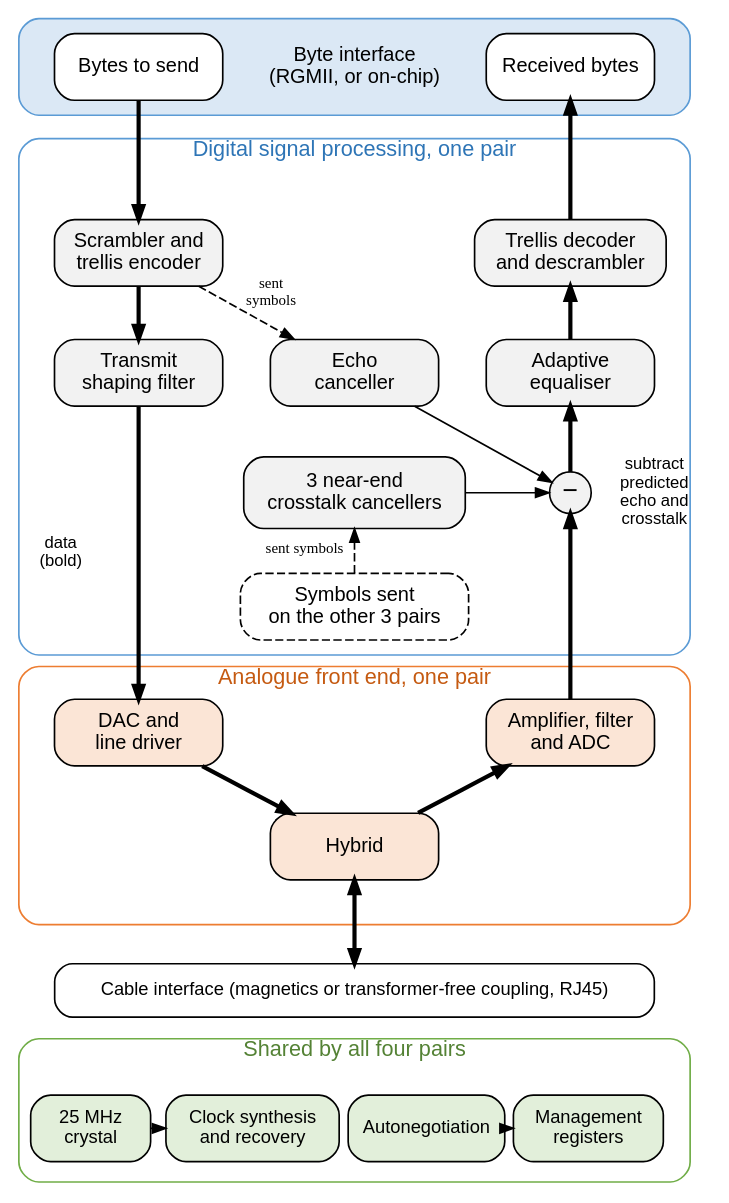
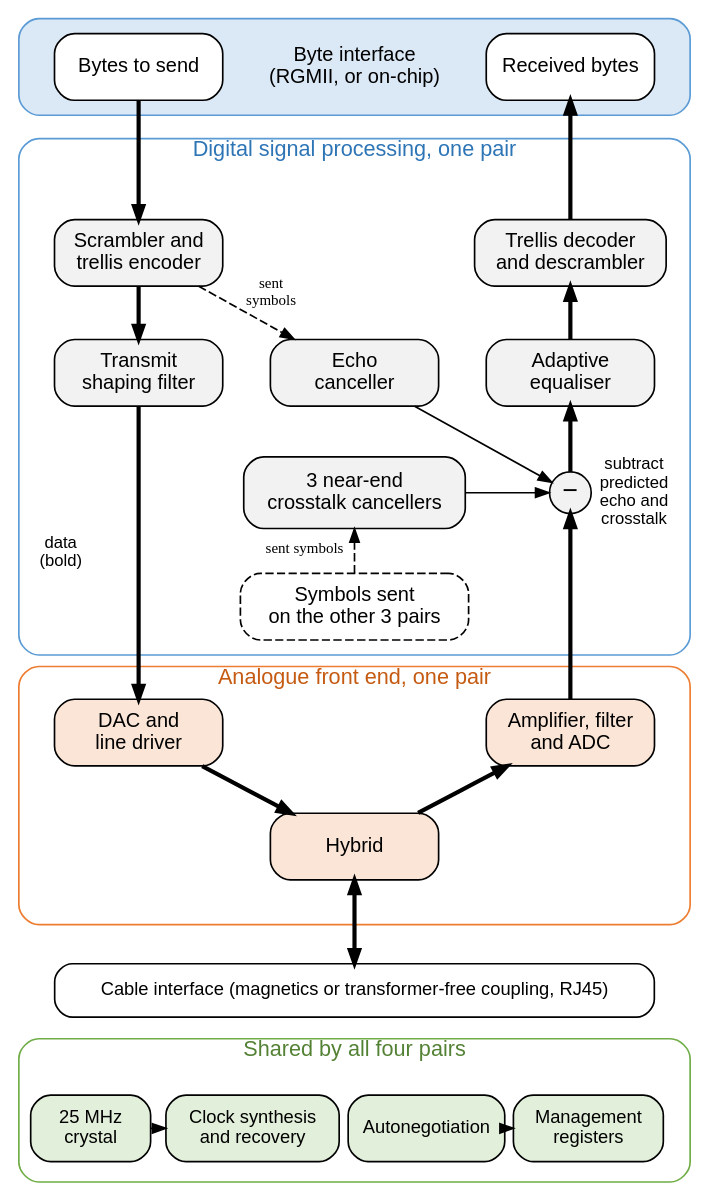
Before and after one commit to mithro/evampire: the diagram in docs/ethernet/phy-electrical/transceiver-blocks.dot, drawn with Graphviz.

Commit message:
Keep the subtractor label inside the signal processing outline

```diff
--- a/docs/ethernet/phy-electrical/transceiver-blocks.dot
+++ b/docs/ethernet/phy-electrical/transceiver-blocks.dot
@@ -1,102 +1,102 @@
 // Inside a gigabit Ethernet transceiver: one of the four identical pair
 // channels in detail, plus the blocks shared by all four.
 //
 // The blocks are placed on a fixed grid (positions in inches) so that the
 // diagram reads top to bottom and fits the width of a documentation page:
 //
 //   column 1 (x=1.2)  transmit path, downwards
 //   column 2 (x=3.0)  echo and crosstalk cancellers
 //   column 3 (x=4.8)  receive path, upwards
 //
 // Group outlines are drawn as background boxes first. Edges are straight
 // lines, placed so that none of them crosses a block.
 //
 // SPDX-License-Identifier: Apache-2.0
 
 digraph transceiver {
     graph [layout=neato, splines=false, overlap=true, outputorder=nodesfirst,
            fontname="Helvetica"];
     node  [shape=box, style="rounded,filled", fillcolor="#f2f2f2",
            fontname="Helvetica", fontsize=12, width=1.4, height=0.55,
            fixedsize=true];
     edge  [arrowsize=0.8];
 
     // Group outlines.
     g_bytes  [pos="3.0,9.45!", width=5.6, height=0.8, label="Byte interface\n(RGMII, or on-chip)",
               fontsize=12, style="rounded,filled", color="#5b9bd5",
               fillcolor="#dbe8f5"];
     g_dsp    [pos="3.0,6.7!", width=5.6, height=4.3, label="Digital signal processing, one pair",
               labelloc=t, fontsize=13, fontcolor="#2e75b6", style="rounded",
               color="#5b9bd5", fillcolor="none"];
     g_analog [pos="3.0,3.375!", width=5.6, height=2.15, label="Analogue front end, one pair",
               labelloc=t, fontsize=13, fontcolor="#c55a11", style="rounded",
               color="#ed7d31", fillcolor="none"];
     g_shared [pos="3.0,0.75!", width=5.6, height=1.2, label="Shared by all four pairs",
               labelloc=t, fontsize=13, fontcolor="#548235", style="rounded",
               color="#70ad47", fillcolor="none"];
 
     // Byte interface to the forwarding logic: bytes to send on the left,
     // received bytes on the right, so both connections run straight down.
     tx_bytes [pos="1.2,9.45!", label="Bytes to send", fillcolor="#ffffff"];
     rx_bytes [pos="4.8,9.45!", label="Received bytes", fillcolor="#ffffff"];
 
     // Digital signal processing.
     enc   [pos="1.2,7.9!", label="Scrambler and\ntrellis encoder"];
     shape [pos="1.2,6.9!", label="Transmit\nshaping filter"];
     echo  [pos="3.0,6.9!", label="Echo\ncanceller"];
     next  [pos="3.0,5.9!", label="3 near-end\ncrosstalk cancellers",
            width=1.85, height=0.6];
     other [pos="3.0,4.95!", label="Symbols sent\non the other 3 pairs",
            width=1.9, style="rounded,dashed,filled", fillcolor="#ffffff"];
     dec   [pos="4.8,7.9!", width=1.6, label="Trellis decoder\nand descrambler"];
     eq    [pos="4.8,6.9!", label="Adaptive\nequaliser"];
     sum   [pos="4.8,5.9!", label="−", shape=circle, width=0.35, height=0.35,
            fontsize=16];
 
-    sum_l [pos="5.5,5.9!", shape=plaintext, style="", width=0.9, height=0.4,
+    sum_l [pos="5.33,5.9!", shape=plaintext, style="", width=0.9, height=0.4,
            fontsize=10, label="subtract\npredicted\necho and\ncrosstalk"];
     data_l [pos="0.55,5.4!", shape=plaintext, style="", width=0.6, height=0.4,
             fontsize=10, label="data\n(bold)"];
 
     // Analogue front end.
     dac    [pos="1.2,3.9!", label="DAC and\nline driver", fillcolor="#fbe5d6"];
     adc    [pos="4.8,3.9!", label="Amplifier, filter\nand ADC", fillcolor="#fbe5d6"];
     hybrid [pos="3.0,2.95!", label="Hybrid", fillcolor="#fbe5d6"];
 
     // Cable side.
     cable [pos="3.0,1.75!", width=5.0, height=0.45,
            label="Cable interface (magnetics or transformer-free coupling, RJ45)",
            fontsize=11, fillcolor="#ffffff"];
 
     // Shared blocks.
     xtal [pos="0.8,0.6!", width=1.0, fontsize=11, label="25 MHz\ncrystal", fillcolor="#e2efda"];
     pll  [pos="2.15,0.6!", width=1.45, fontsize=11, label="Clock synthesis\nand recovery", fillcolor="#e2efda"];
     an   [pos="3.6,0.6!", width=1.3, fontsize=11, label="Autonegotiation", fillcolor="#e2efda"];
     mgmt [pos="4.95,0.6!", width=1.25, label="Management\nregisters", fontsize=11,
           fillcolor="#e2efda"];
 
     // Transmit path.
     tx_bytes -> enc [penwidth=2.5];
     enc   -> shape  [penwidth=2.5];
     shape -> dac    [penwidth=2.5];
     dac   -> hybrid [penwidth=2.5];
     hybrid -> cable [penwidth=2.5, dir=both];
 
     // Receive path.
     hybrid -> adc   [penwidth=2.5];
     adc   -> sum    [penwidth=2.5];
     sum   -> eq     [penwidth=2.5];
     eq    -> dec    [penwidth=2.5];
     dec   -> rx_bytes [penwidth=2.5];
 
     // Cancellers: copies of the transmitted symbols, subtracted from the
     // received signal.
     enc   -> echo   [style=dashed, xlabel="sent\nsymbols", fontsize=9];
     echo  -> sum;
     other -> next   [style=dashed, xlabel="sent symbols", fontsize=9];
     next  -> sum;
 
     // Shared blocks.
     xtal -> pll  [style=dotted];
     an   -> mgmt [style=dotted];
 }
```
